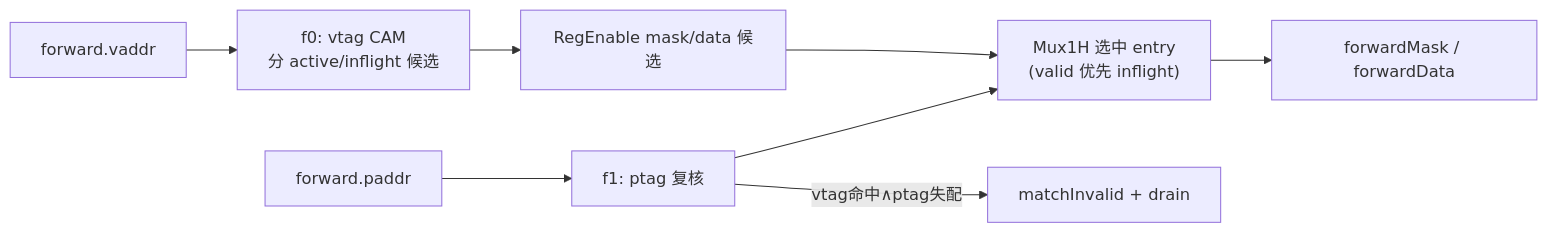
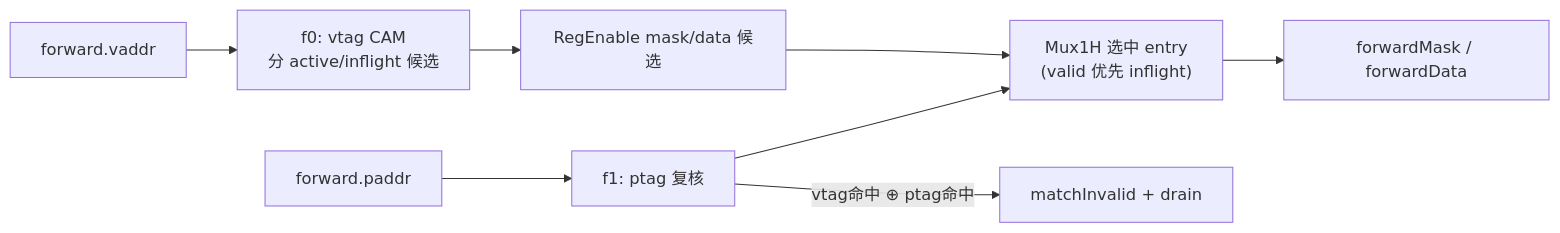
One commit to shengnanli/xs-v2r2-sv changed the third of 3 diagrams in docs/memblock/Sbuffer.md. Above: the diagram before and after it, drawn with Mermaid. The commit also changed other lines of this file and 31 other files, not shown here.

````diff
--- a/docs/memblock/Sbuffer.md
+++ b/docs/memblock/Sbuffer.md
@@ -150,10 +165,10 @@
 ```mermaid
 flowchart LR
     fv["forward.vaddr"] --> cam0["f0: vtag CAM<br/>分 active/inflight 候选"]
     cam0 --> reg["RegEnable mask/data 候选"]
     fp["forward.paddr"] --> chk["f1: ptag 复核"]
     reg --> mux["Mux1H 选中 entry<br/>(valid 优先 inflight)"]
     chk --> mux
     mux --> out["forwardMask / forwardData"]
-    chk -->|vtag命中∧ptag失配| minv["matchInvalid + drain"]
+    chk -->|"vtag命中 ⊕ ptag命中"| minv["matchInvalid + drain"]
 ```
````
